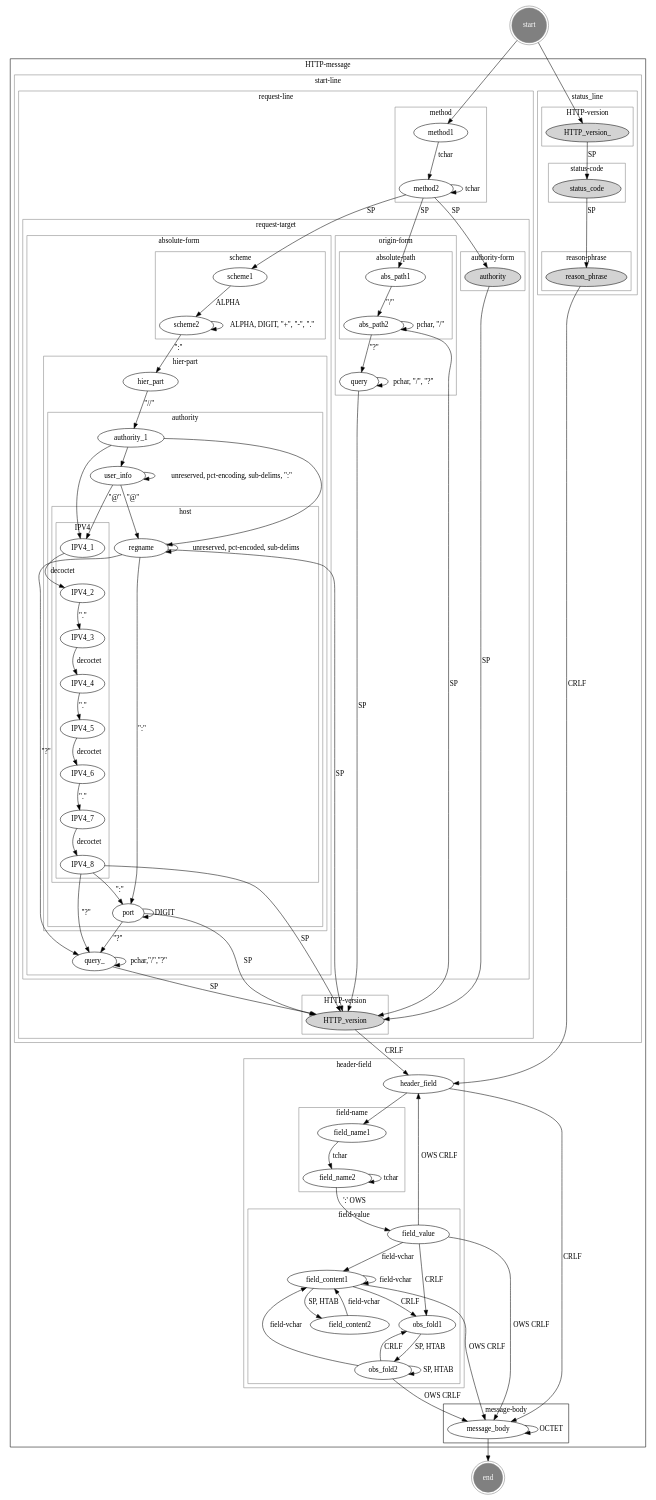
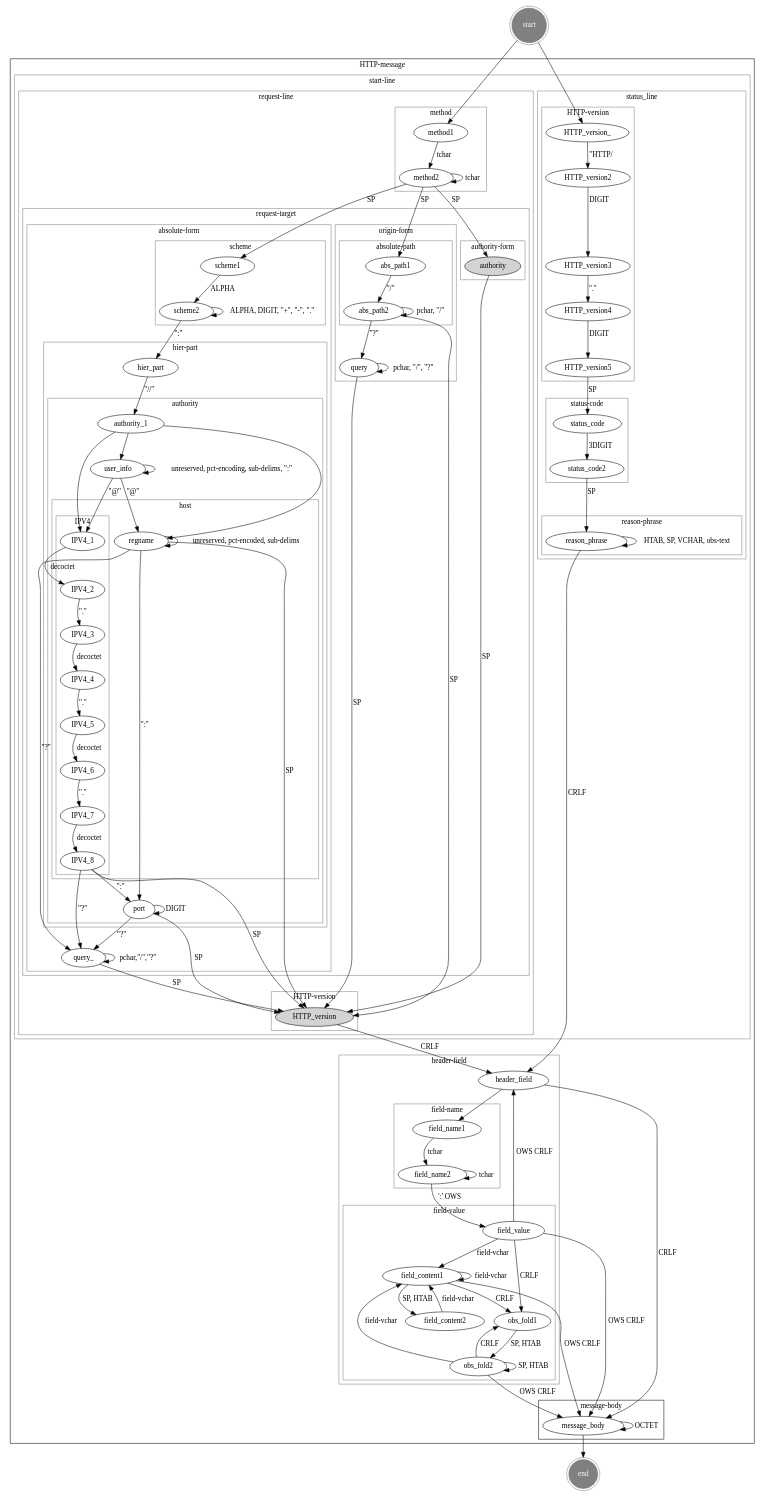
The diagram in Graphe/automate2.gv (RomainVidal666/Tomahawk), drawn with Graphviz before and after one commit. The commit also changed 1 other file, not shown here.

```diff
--- a/Graphe/automate2.gv
+++ b/Graphe/automate2.gv
@@ -1,157 +1,160 @@
 digraph G {
 	graph [compound=true];
 	subgraph cluster_http_message {
 		label = "HTTP-message";
 		color=black;
 		subgraph cluster_start_line {
 			color=grey;
 			label = "start-line";
 			subgraph cluster_request_line {
 				label = "request-line";
 				subgraph cluster_method {
 					label = "method";
 					method1 -> method2 [label="tchar"]
 					method2 -> method2 [label="tchar"]
 				}
 				subgraph cluster_request_target {
 					label = "request-target";
 					subgraph cluster_origin_form {
 						label = "origin-form";
 						subgraph cluster_absolute_path {
 							label = "absolute-path";
 							abs_path1 -> abs_path2 [label="\"/\""]
 							abs_path2 -> abs_path2 [label="pchar, \"/\""];
 						}
 						query -> query [label="pchar, \"/\", \"?\""]
 					}
 					subgraph cluster_absolute_form {
 						label = "absolute-form";
 						subgraph cluster_scheme {
 							label = "scheme";
 							scheme1 -> scheme2 [label="ALPHA"];
 							scheme2 -> scheme2 [label="ALPHA, DIGIT, \"+\", \"-\", \".\""];
 						}
 						subgraph cluster_hier_part {
 							label="hier-part"
 							hier_part
 							subgraph cluster_authority {
 								label="authority"
 								authority_1 -> user_info
 								user_info -> user_info [label="unreserved, pct-encoding, sub-delims, \":\""]
 								subgraph cluster_host {
 									label="host"
 									subgraph cluster_ipv4 {
 										label="IPV4"
 										IPV4_1 -> IPV4_2 [label="decoctet"]
 										IPV4_2 -> IPV4_3 [label="\".\""]
 										IPV4_3 -> IPV4_4 [label="decoctet"]
 										IPV4_4 -> IPV4_5 [label="\".\""]
 										IPV4_5 -> IPV4_6 [label="decoctet"]
 										IPV4_6 -> IPV4_7 [label="\".\""]
 										IPV4_7 -> IPV4_8 [label="decoctet"]
 									}
 									regname -> regname [label="unreserved, pct-encoded, sub-delims"]
 								}
 								port -> port [label="DIGIT"]
 								regname -> port [label="\":\""]
 								IPV4_8 -> port [label="\":\""]
 								user_info -> IPV4_1 [label="\"@\""]
 								user_info -> regname [label="\"@\""]
 								authority_1 -> IPV4_1
 								authority_1 -> regname
 							}
 							scheme2 ->hier_part [label="\":\""];
 							hier_part -> authority_1 [label="\"//\""]
 						}
 						query_ -> query_ [label="pchar,\"/\",\"?\""]
 						port -> query_ [label="\"?\""]
 						IPV4_8 -> query_ [label="\"?\""]
 						regname -> query_ [label="\"?\""]
 					}
 					subgraph cluster_authority_form {
 						label = "authority-form";
 						authority [style="filled"];
 					}
 					subgraph cluster_asterisk_form {
 						label = "asterisk-form";
 					}
 				}
 				subgraph cluster_HTTP_version {
 					label = "HTTP-version";
-					HTTP_version[style=filled];						
+					HTTP_version [style=filled];		
 				}
 			}
 			subgraph cluster_status_line {
 				label = "status_line";
 				subgraph cluster_HTTP_version_ {
-					HTTP_version_[style=filled];
 					label = "HTTP-version";
+					HTTP_version_  -> HTTP_version2 [label="\"HTTP\/"]
+					HTTP_version2 -> HTTP_version3 [label="DIGIT"]
+					HTTP_version3 -> HTTP_version4 [label="\".\""]
+					HTTP_version4 -> HTTP_version5 [label="DIGIT"]	
 				}
 				subgraph cluster_status_code {
-					status_code [style=filled];
+					status_code -> status_code2 [label="3DIGIT"]
 					label = "status-code";
 				}
 				subgraph cluster_reason_phrase {
-					reason_phrase[style=filled];
+					reason_phrase -> reason_phrase [label="HTAB, SP, VCHAR, obs-text"]
 					label = "reason-phrase";
 				}
 			}
 		}
 		subgraph cluster_header_field {
 			color=grey;
 			header_field;
 			label = "header-field";
 			subgraph cluster_field_name {
 				label="field-name"
 				field_name1 -> field_name2 [label="tchar"]
 				field_name2 -> field_name2 [label="tchar"]
 			}
 			subgraph cluster_field_value {
 				label="field-value"
 				field_value -> field_content1 [label="field-vchar"]
 				field_content1 -> field_content2 [label="SP, HTAB"]
 				field_content2 ->  field_content1 [label="field-vchar"]
 				field_content1 ->  field_content1 [label="field-vchar"]
 				field_content1 -> obs_fold1 [label="CRLF"]
 				field_value -> obs_fold1 [label="CRLF"]
 				obs_fold1 -> obs_fold2 [label="SP, HTAB"]
 				obs_fold2 -> obs_fold2 [label="SP, HTAB"]
 				obs_fold2 -> field_content1 [label="field-vchar"]
 				obs_fold2 -> obs_fold1 [label="CRLF"]
 			}
 		}
 		subgraph cluster_message_body {
 			message_body -> message_body [label="OCTET"];
 			label = "message-body";
 		}
 		obs_fold2 -> message_body [label="OWS CRLF"]
 		field_value -> message_body [label="OWS CRLF"]
 		field_content1 -> message_body [label="OWS CRLF"]
 	}
 	node [shape=doublecircle color=grey fontcolor=white style=filled]
 	start;
 	end
 	
 	start -> method1; 
 		method2 -> abs_path1 [label="SP"];
 		abs_path2 -> query [label= "\"?\""];
 		method2 -> scheme1 [label="SP"];
 		method2 -> authority [label="SP"];
 		query -> HTTP_version [label=SP];
 		abs_path2 -> HTTP_version [label="SP"];
 		authority -> HTTP_version [label="SP"];
 		query_ -> HTTP_version [label="SP"];
 		port -> HTTP_version [label="SP"];
 		IPV4_8 -> HTTP_version [label="SP"];
 		regname -> HTTP_version [label="SP"];
 		HTTP_version -> header_field [label="CRLF"]
 	start -> HTTP_version_;
-		HTTP_version_ -> status_code [label="SP"];
-		status_code -> reason_phrase [label="SP"];
+		HTTP_version5 -> status_code [label="SP"];
+		status_code2 -> reason_phrase [label="SP"];
 		reason_phrase -> header_field [label="CRLF"]
 	header_field -> field_name1
 	field_name2 -> field_value [label="':' OWS"]
 	field_value -> header_field [label="OWS CRLF"]
 	header_field -> message_body [label="CRLF"]
 	message_body -> end;
 }
```
